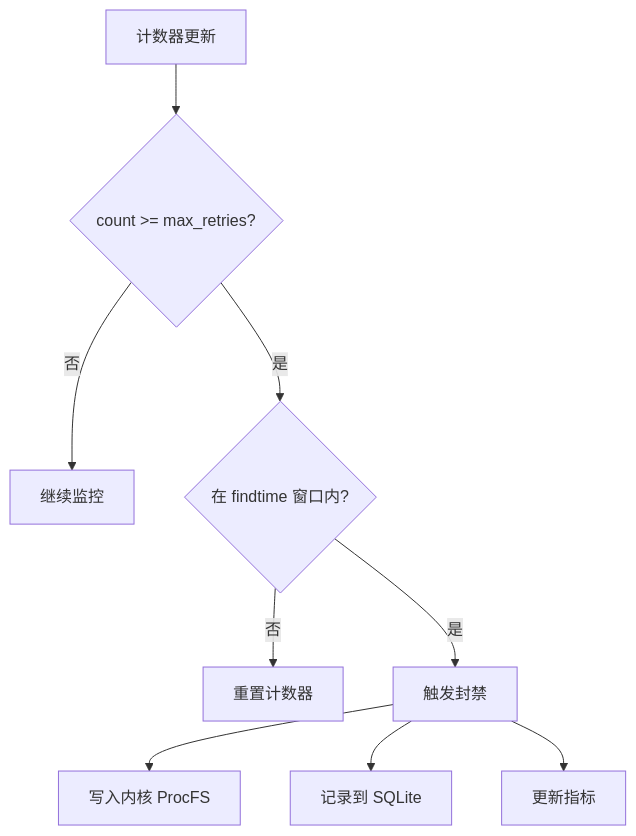
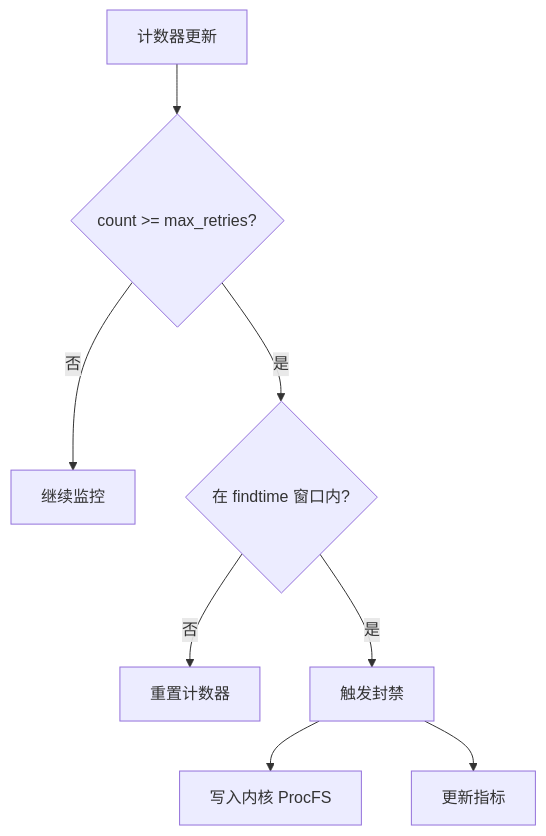
One commit to SnowCore8/linux-firewall-kmod changed the fifth of 7 diagrams in docs/zh/architecture/daemon.md. Above: the diagram before and after it, drawn with Mermaid. The commit also changed other lines of this file and 39 other files, not shown here.

````diff
--- a/docs/zh/architecture/daemon.md
+++ b/docs/zh/architecture/daemon.md
@@ -227,11 +220,10 @@
 ```mermaid
 graph TB
     A["计数器更新"] --> B{"count >= max_retries?"}
     B -->|否| C["继续监控"]
     B -->|是| D{"在 findtime 窗口内?"}
     D -->|否| E["重置计数器"]
     D -->|是| F["触发封禁"]
     F --> G["写入内核 ProcFS"]
-    F --> H["记录到 SQLite"]
     F --> I["更新指标"]
 ```
````
